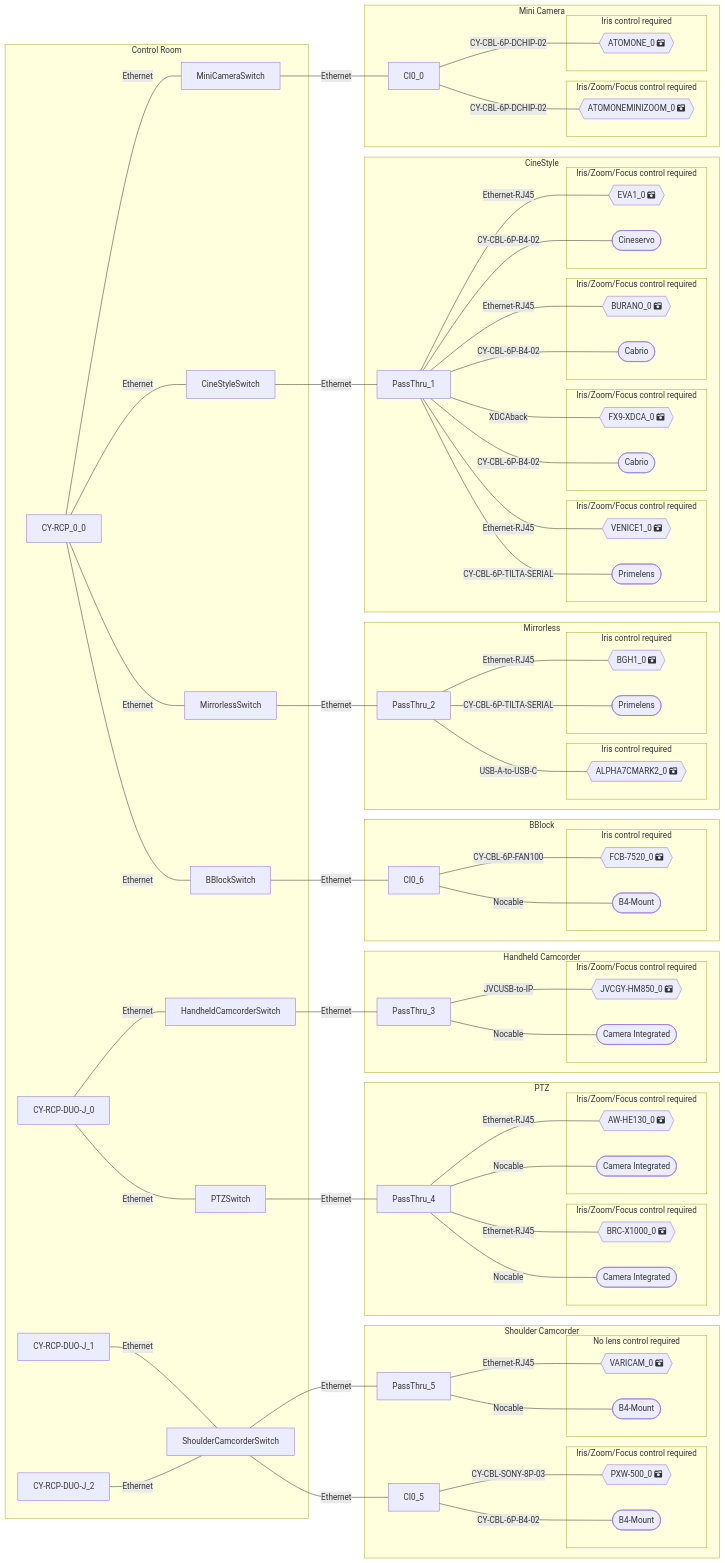
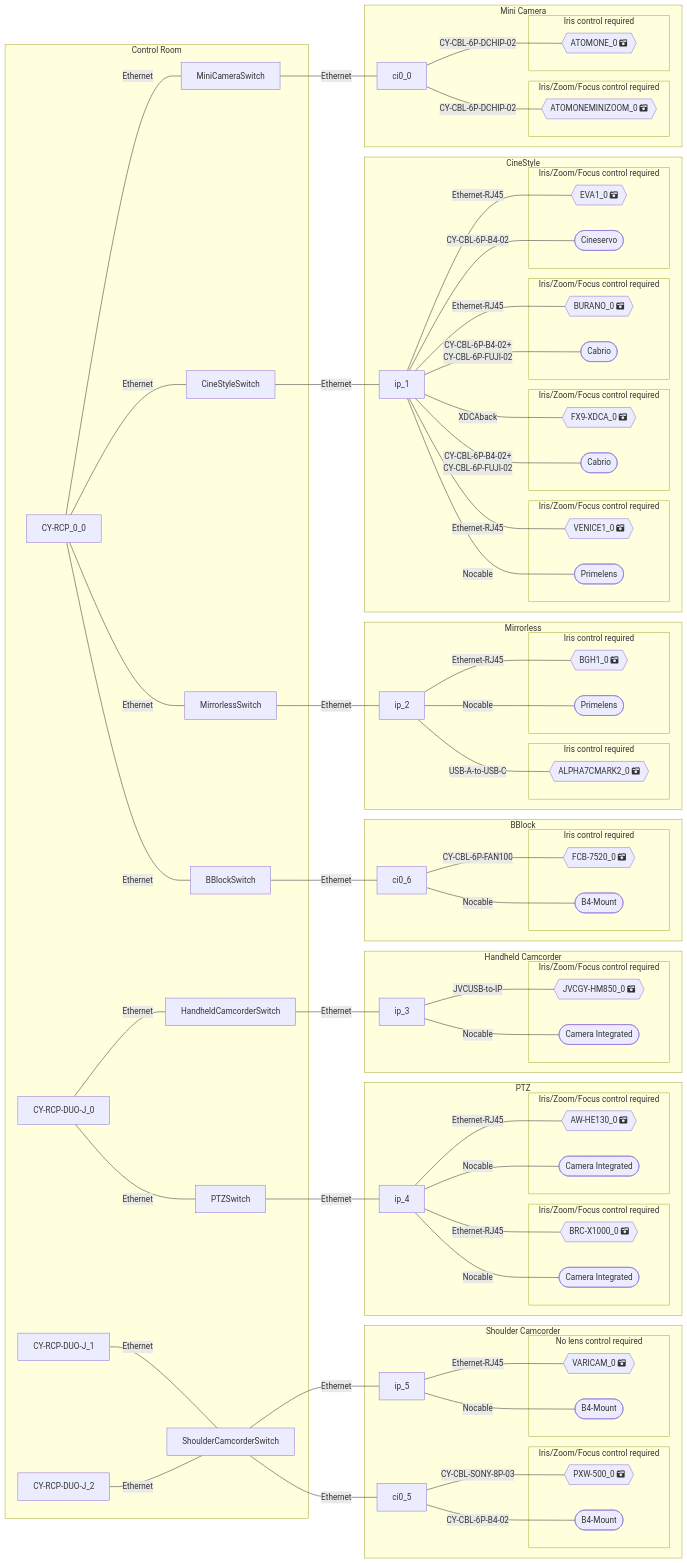
One commit to Rascarquapac/UIevaluation changed the diagram in debug/mermaid_code.md. Above: the diagram before and after it, drawn with Mermaid. The commit also changed 8 other files, not shown here.

```diff
--- a/debug/mermaid_code.md
+++ b/debug/mermaid_code.md
@@ -1,106 +1,108 @@
 :::mermaid
 graph RL
 subgraph Mini Camera
-ATOMONE_0{{"ATOMONE_0 fa:fa-camera-retro"}}---|CY-CBL-6P-DCHIP-02|CI0_0
+ATOMONE_0{{"ATOMONE_0 fa:fa-camera-retro"}}---|CY-CBL-6P-DCHIP-02|ci0_0
   subgraph ATOMONE_0_cameralens [Iris control required]
     ATOMONE_0
   end
-ATOMONEMINIZOOM_0{{"ATOMONEMINIZOOM_0 fa:fa-camera-retro"}}---|CY-CBL-6P-DCHIP-02|CI0_0
+ATOMONEMINIZOOM_0{{"ATOMONEMINIZOOM_0 fa:fa-camera-retro"}}---|CY-CBL-6P-DCHIP-02|ci0_0
   subgraph ATOMONEMINIZOOM_0_cameralens [Iris/Zoom/Focus control required]
     ATOMONEMINIZOOM_0
   end
 end
 subgraph CineStyle
-EVA1_0{{"EVA1_0 fa:fa-camera-retro"}}---|Ethernet-RJ45|PassThru_1
-Cineservo_EVA1_0([Cineservo])---|CY-CBL-6P-B4-02|PassThru_1
+EVA1_0{{"EVA1_0 fa:fa-camera-retro"}}---|Ethernet-RJ45|ip_1
+Cineservo_EVA1_0([Cineservo])---|CY-CBL-6P-B4-02|ip_1
   subgraph EVA1_0_cameralens [Iris/Zoom/Focus control required]
     EVA1_0
     Cineservo_EVA1_0
   end
-BURANO_0{{"BURANO_0 fa:fa-camera-retro"}}---|Ethernet-RJ45|PassThru_1
-Cabrio_BURANO_0([Cabrio])---|CY-CBL-6P-B4-02|PassThru_1
+BURANO_0{{"BURANO_0 fa:fa-camera-retro"}}---|Ethernet-RJ45|ip_1
+Cabrio_BURANO_0([Cabrio])---|CY-CBL-6P-B4-02+
+CY-CBL-6P-FUJI-02|ip_1
   subgraph BURANO_0_cameralens [Iris/Zoom/Focus control required]
     BURANO_0
     Cabrio_BURANO_0
   end
-FX9-XDCA_0{{"FX9-XDCA_0 fa:fa-camera-retro"}}---|XDCAback|PassThru_1
-Cabrio_FX9-XDCA_0([Cabrio])---|CY-CBL-6P-B4-02|PassThru_1
+FX9-XDCA_0{{"FX9-XDCA_0 fa:fa-camera-retro"}}---|XDCAback|ip_1
+Cabrio_FX9-XDCA_0([Cabrio])---|CY-CBL-6P-B4-02+
+CY-CBL-6P-FUJI-02|ip_1
   subgraph FX9-XDCA_0_cameralens [Iris/Zoom/Focus control required]
     FX9-XDCA_0
     Cabrio_FX9-XDCA_0
   end
-VENICE1_0{{"VENICE1_0 fa:fa-camera-retro"}}---|Ethernet-RJ45|PassThru_1
-Primelens_VENICE1_0([Primelens])---|CY-CBL-6P-TILTA-SERIAL|PassThru_1
+VENICE1_0{{"VENICE1_0 fa:fa-camera-retro"}}---|Ethernet-RJ45|ip_1
+Primelens_VENICE1_0([Primelens])---|Nocable|ip_1
   subgraph VENICE1_0_cameralens [Iris/Zoom/Focus control required]
     VENICE1_0
     Primelens_VENICE1_0
   end
 end
 subgraph Mirrorless
-BGH1_0{{"BGH1_0 fa:fa-camera-retro"}}---|Ethernet-RJ45|PassThru_2
-Primelens_BGH1_0([Primelens])---|CY-CBL-6P-TILTA-SERIAL|PassThru_2
+BGH1_0{{"BGH1_0 fa:fa-camera-retro"}}---|Ethernet-RJ45|ip_2
+Primelens_BGH1_0([Primelens])---|Nocable|ip_2
   subgraph BGH1_0_cameralens [Iris control required]
     BGH1_0
     Primelens_BGH1_0
   end
-ALPHA7CMARK2_0{{"ALPHA7CMARK2_0 fa:fa-camera-retro"}}---|USB-A-to-USB-C|PassThru_2
+ALPHA7CMARK2_0{{"ALPHA7CMARK2_0 fa:fa-camera-retro"}}---|USB-A-to-USB-C|ip_2
   subgraph ALPHA7CMARK2_0_cameralens [Iris control required]
     ALPHA7CMARK2_0
   end
 end
 subgraph Handheld Camcorder
-JVCGY-HM850_0{{"JVCGY-HM850_0 fa:fa-camera-retro"}}---|JVCUSB-to-IP|PassThru_3
-CameraIntegrated_JVCGY-HM850_0([Camera Integrated])---|Nocable|PassThru_3
+JVCGY-HM850_0{{"JVCGY-HM850_0 fa:fa-camera-retro"}}---|JVCUSB-to-IP|ip_3
+CameraIntegrated_JVCGY-HM850_0([Camera Integrated])---|Nocable|ip_3
   subgraph JVCGY-HM850_0_cameralens [Iris/Zoom/Focus control required]
     JVCGY-HM850_0
     CameraIntegrated_JVCGY-HM850_0
   end
 end
 subgraph PTZ
-AW-HE130_0{{"AW-HE130_0 fa:fa-camera-retro"}}---|Ethernet-RJ45|PassThru_4
-CameraIntegrated_AW-HE130_0([Camera Integrated])---|Nocable|PassThru_4
+AW-HE130_0{{"AW-HE130_0 fa:fa-camera-retro"}}---|Ethernet-RJ45|ip_4
+CameraIntegrated_AW-HE130_0([Camera Integrated])---|Nocable|ip_4
   subgraph AW-HE130_0_cameralens [Iris/Zoom/Focus control required]
     AW-HE130_0
     CameraIntegrated_AW-HE130_0
   end
-BRC-X1000_0{{"BRC-X1000_0 fa:fa-camera-retro"}}---|Ethernet-RJ45|PassThru_4
-CameraIntegrated_BRC-X1000_0([Camera Integrated])---|Nocable|PassThru_4
+BRC-X1000_0{{"BRC-X1000_0 fa:fa-camera-retro"}}---|Ethernet-RJ45|ip_4
+CameraIntegrated_BRC-X1000_0([Camera Integrated])---|Nocable|ip_4
   subgraph BRC-X1000_0_cameralens [Iris/Zoom/Focus control required]
     BRC-X1000_0
     CameraIntegrated_BRC-X1000_0
   end
 end
 subgraph Shoulder Camcorder
-VARICAM_0{{"VARICAM_0 fa:fa-camera-retro"}}---|Ethernet-RJ45|PassThru_5
-B4-Mount_VARICAM_0([B4-Mount])---|Nocable|PassThru_5
+VARICAM_0{{"VARICAM_0 fa:fa-camera-retro"}}---|Ethernet-RJ45|ip_5
+B4-Mount_VARICAM_0([B4-Mount])---|Nocable|ip_5
   subgraph VARICAM_0_cameralens [No lens control required]
     VARICAM_0
     B4-Mount_VARICAM_0
   end
-PXW-500_0{{"PXW-500_0 fa:fa-camera-retro"}}---|CY-CBL-SONY-8P-03|CI0_5
-B4-Mount_PXW-500_0([B4-Mount])---|CY-CBL-6P-B4-02|CI0_5
+PXW-500_0{{"PXW-500_0 fa:fa-camera-retro"}}---|CY-CBL-SONY-8P-03|ci0_5
+B4-Mount_PXW-500_0([B4-Mount])---|CY-CBL-6P-B4-02|ci0_5
   subgraph PXW-500_0_cameralens [Iris/Zoom/Focus control required]
     PXW-500_0
     B4-Mount_PXW-500_0
   end
 end
 subgraph BBlock
-FCB-7520_0{{"FCB-7520_0 fa:fa-camera-retro"}}---|CY-CBL-6P-FAN100|CI0_6
-B4-Mount_FCB-7520_0([B4-Mount])---|Nocable|CI0_6
+FCB-7520_0{{"FCB-7520_0 fa:fa-camera-retro"}}---|CY-CBL-6P-FAN100|ci0_6
+B4-Mount_FCB-7520_0([B4-Mount])---|Nocable|ci0_6
   subgraph FCB-7520_0_cameralens [Iris control required]
     FCB-7520_0
     B4-Mount_FCB-7520_0
   end
 end
 subgraph "Control Room" 
-CI0_0 --- |Ethernet|MiniCameraSwitch
-PassThru_1 --- |Ethernet|CineStyleSwitch
-PassThru_2 --- |Ethernet|MirrorlessSwitch
-PassThru_3 --- |Ethernet|HandheldCamcorderSwitch
-PassThru_4 --- |Ethernet|PTZSwitch
-PassThru_5 --- |Ethernet|ShoulderCamcorderSwitch
-CI0_5 --- |Ethernet|ShoulderCamcorderSwitch
-CI0_6 --- |Ethernet|BBlockSwitch
+ci0_0 --- |Ethernet|MiniCameraSwitch
+ip_1 --- |Ethernet|CineStyleSwitch
+ip_2 --- |Ethernet|MirrorlessSwitch
+ip_3 --- |Ethernet|HandheldCamcorderSwitch
+ip_4 --- |Ethernet|PTZSwitch
+ip_5 --- |Ethernet|ShoulderCamcorderSwitch
+ci0_5 --- |Ethernet|ShoulderCamcorderSwitch
+ci0_6 --- |Ethernet|BBlockSwitch
 MiniCameraSwitch --- |Ethernet|CY-RCP_0_0
 CineStyleSwitch --- |Ethernet|CY-RCP_0_0
 MirrorlessSwitch --- |Ethernet|CY-RCP_0_0
```
